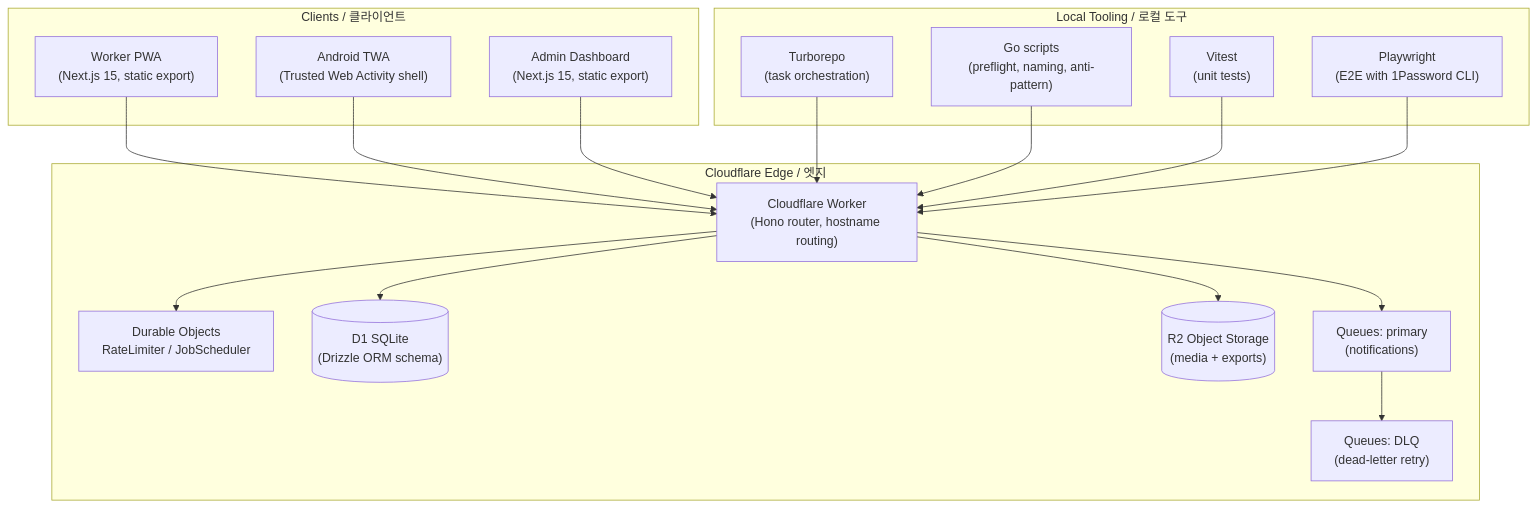
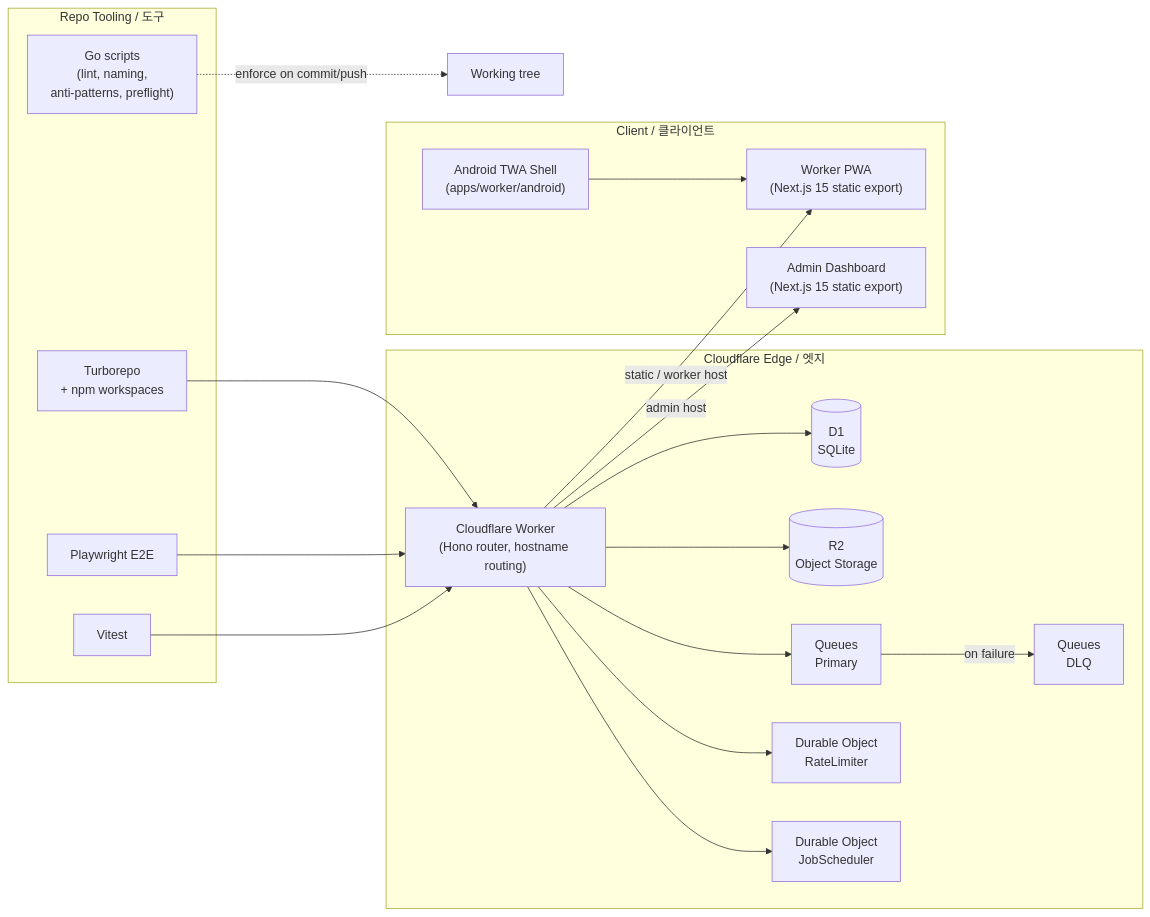
One commit to jclee941/safetywallet changed the diagram in README.md. Above: the diagram before and after it, drawn with Mermaid. The commit also changed other lines of this file, not shown here.

````diff
--- a/README.md
+++ b/README.md
@@ -46,37 +92,39 @@
 ```mermaid
-flowchart TB
-    subgraph Clients["Clients / 클라이언트"]
-        Mobile["Worker PWA<br/>(Next.js 15, static export)"]
-        Admin["Admin Dashboard<br/>(Next.js 15, static export)"]
-        TWA["Android TWA<br/>(Trusted Web Activity shell)"]
+flowchart LR
+    subgraph Client["Client / 클라이언트"]
+        TWA["Android TWA Shell<br/>(apps/worker/android)"]
+        PWA["Worker PWA<br/>(Next.js 15 static export)"]
+        Admin["Admin Dashboard<br/>(Next.js 15 static export)"]
     end
 
     subgraph Edge["Cloudflare Edge / 엣지"]
         Worker["Cloudflare Worker<br/>(Hono router, hostname routing)"]
-        DO["Durable Objects<br/>RateLimiter / JobScheduler"]
-        D1[("D1 SQLite<br/>(Drizzle ORM schema)")]
-        R2[("R2 Object Storage<br/>(media + exports)")]
-        Q1["Queues: primary<br/>(notifications)"]
-        Q2["Queues: DLQ<br/>(dead-letter retry)"]
+        D1[("D1<br/>SQLite")]
+        R2[("R2<br/>Object Storage")]
+        QMain["Queues<br/>Primary"]
+        QDLQ["Queues<br/>DLQ"]
+        DO1["Durable Object<br/>RateLimiter"]
+        DO2["Durable Object<br/>JobScheduler"]
     end
 
-    subgraph Dev["Local Tooling / 로컬 도구"]
-        Turbo["Turborepo<br/>(task orchestration)"]
-        Vitest["Vitest<br/>(unit tests)"]
-        Playwright["Playwright<br/>(E2E with 1Password CLI)"]
-        GoTools["Go scripts<br/>(preflight, naming, anti-pattern)"]
+    subgraph Tooling["Repo Tooling / 도구"]
+        Go["Go scripts<br/>(lint, naming,<br/>anti-patterns, preflight)"]
+        Turbo["Turborepo<br/>+ npm workspaces"]
+        PW["Playwright E2E"]
+        VT["Vitest"]
     end
 
-    Mobile --> Worker
-    TWA --> Worker
-    Admin --> Worker
-    Worker --> DO
+    TWA --> PWA
+    Worker -->|"static / worker host"| PWA
+    Worker -->|"admin host"| Admin
     Worker --> D1
     Worker --> R2
-    Worker --> Q1
-    Q1 --> Q2
+    Worker --> QMain
+    QMain -->|"on failure"| QDLQ
+    Worker --> DO1
+    Worker --> DO2
     Turbo --> Worker
-    GoTools --> Worker
-    Vitest --> Worker
-    Playwright --> Worker
+    Go -.->|"enforce on commit/push"| Repo["Working tree"]
+    PW --> Worker
+    VT --> Worker
 ```
````
